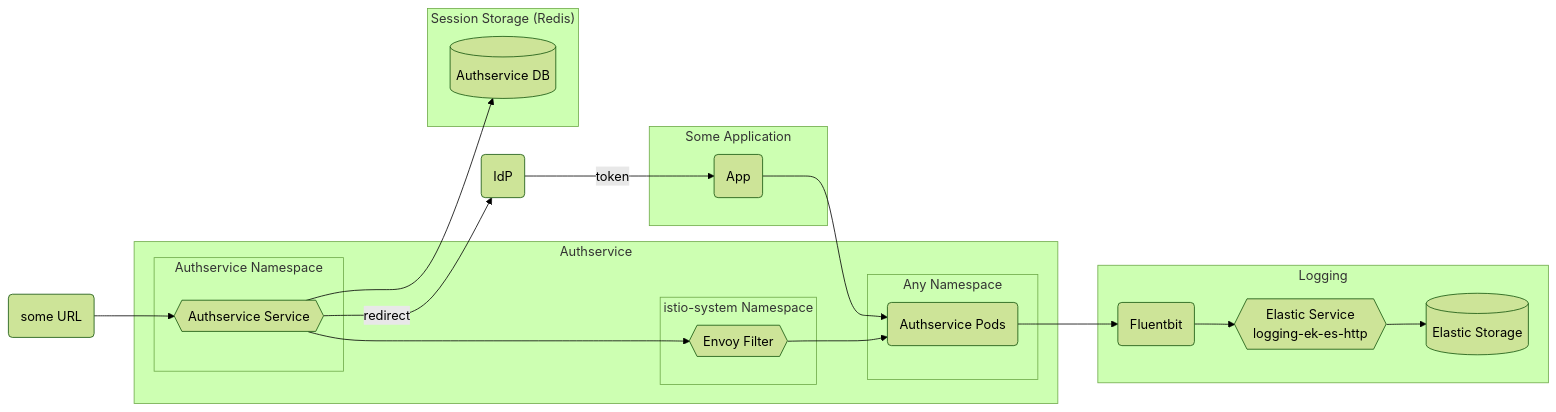
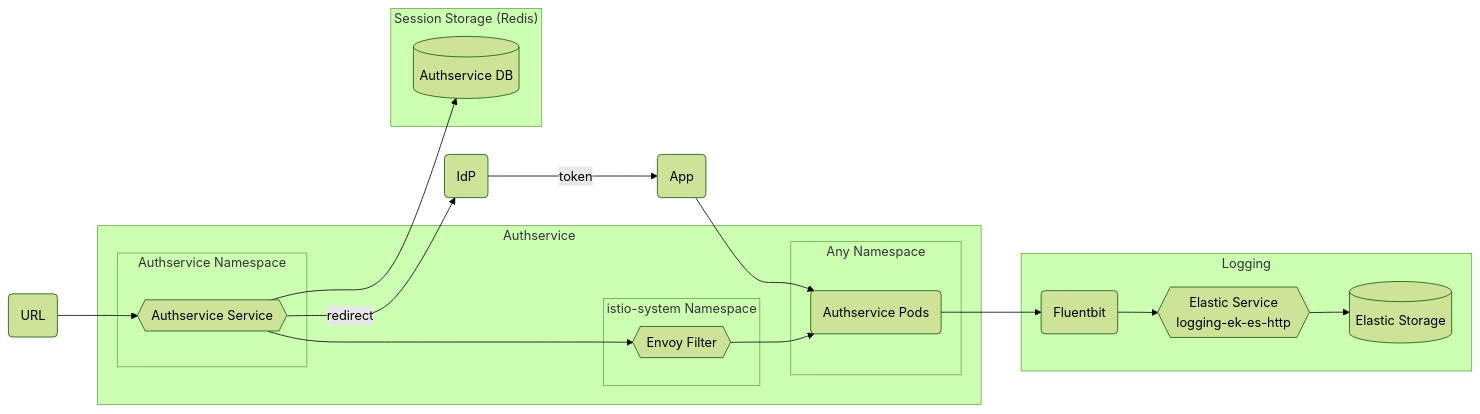
One commit to rjferguson21/big-bang changed the diagram in charter/packages/authservice/Architecture.md. Above: the diagram before and after it, drawn with Mermaid (forest theme).

Commit message:
update mermaid diagram

````diff
--- a/charter/packages/authservice/Architecture.md
+++ b/charter/packages/authservice/Architecture.md
@@ -13,33 +13,29 @@
 ```mermaid
 graph LR
-  pod("some URL") --> authservice --> |redirect| pod2("IdP")
-  pod2 --> |token| app --> authservicepods
-
-  subgraph "Some Application"
-    app("App")
-  end
+  pod("URL") --> authservice --> |redirect| pod2("IdP")
+  pod2 --> |token| app("App") --> authservicepods
 
   subgraph "Authservice"
     subgraph "Any Namespace"
       authservicepods("Authservice Pod(s)")
     end
 
     subgraph "istio-system Namespace"
       envoyfilter{{"Envoy Filter"}} --> authservicepods
     end
     
     subgraph "Authservice Namespace"
       authservice{{"Authservice Service"}} --> envoyfilter
     end
         
   end
 
   subgraph "Session Storage (Redis)"
     authservice --> database3[("Authservice DB")]
   end
 
   subgraph "Logging"
     authservicepods("Authservice Pods") --> fluent(Fluentbit) --> logging-ek-es-http
     logging-ek-es-http{{Elastic Service<br />logging-ek-es-http}} --> elastic[(Elastic Storage)]
   end
 ```
````
